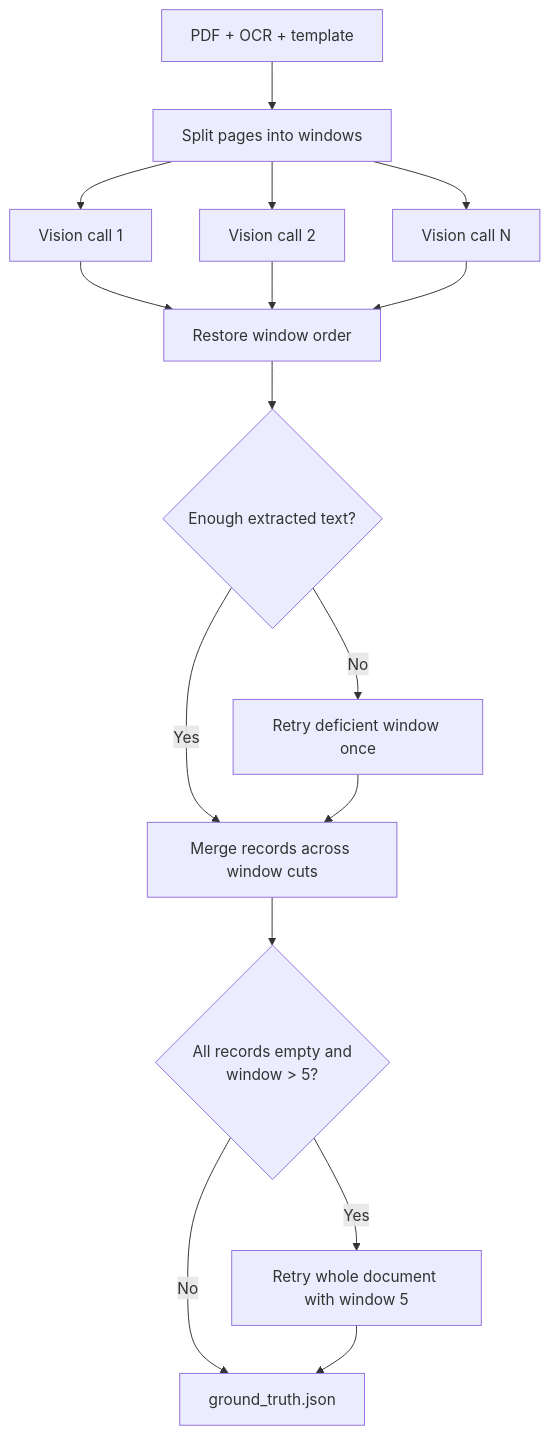
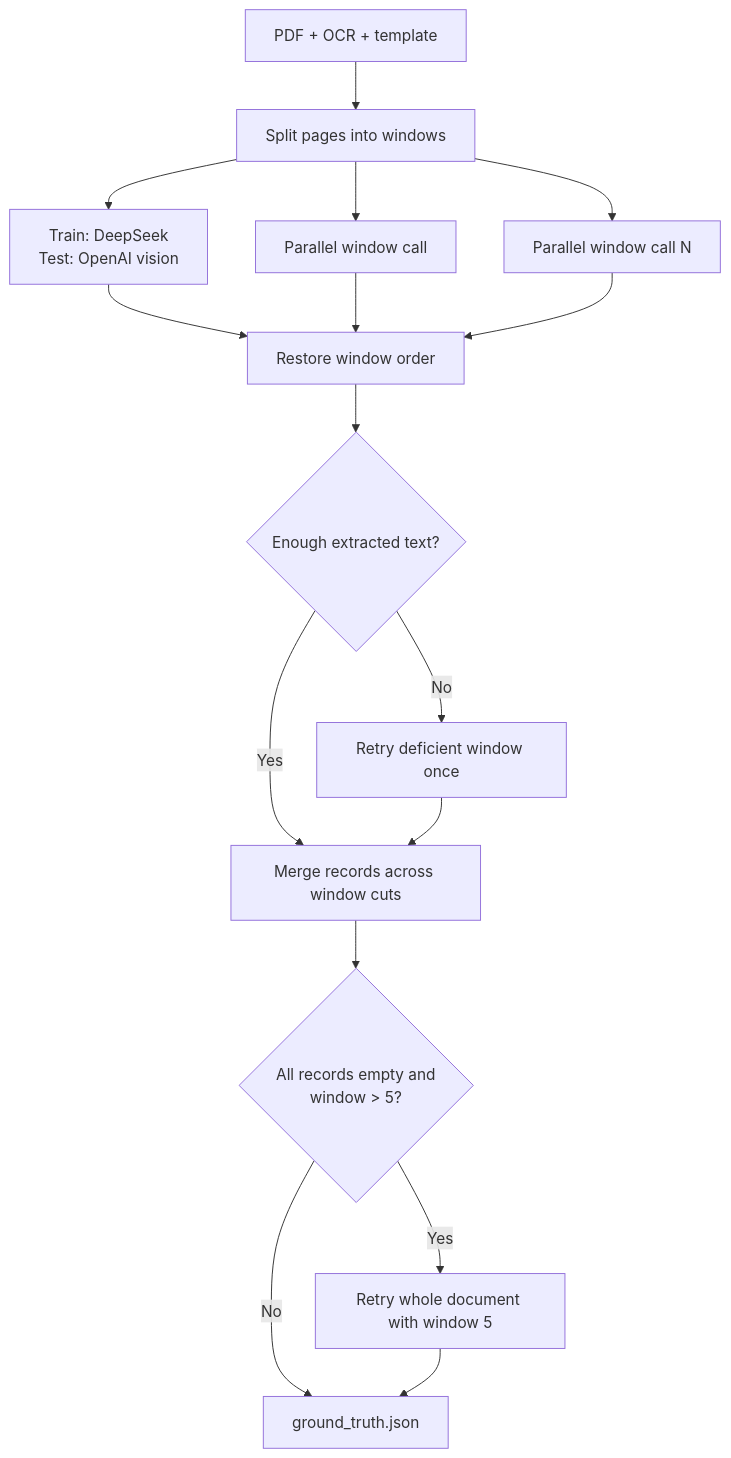
The fifth of 6 diagrams in README.md (riccardobollati/twix_2), drawn with Mermaid before and after one commit. The commit also changed other lines of this file and 43 other files, not shown here.

````diff
--- a/README.md
+++ b/README.md
@@ -418,18 +442,18 @@
 ```mermaid
 flowchart TD
     P["PDF + OCR + template"] --> W["Split pages into windows"]
-    W --> C1["Vision call 1"]
-    W --> C2["Vision call 2"]
-    W --> CN["Vision call N"]
+    W --> C1["Train: DeepSeek<br/>Test: OpenAI vision"]
+    W --> C2["Parallel window call"]
+    W --> CN["Parallel window call N"]
     C1 --> ORDER["Restore window order"]
     C2 --> ORDER
     CN --> ORDER
     ORDER --> COVER{"Enough extracted text?"}
     COVER -- No --> RETRY["Retry deficient window once"]
     COVER -- Yes --> BOUND["Merge records across window cuts"]
     RETRY --> BOUND
     BOUND --> EMPTY{"All records empty and<br/>window > 5?"}
     EMPTY -- Yes --> SMALL["Retry whole document with window 5"]
     EMPTY -- No --> GT["ground_truth.json"]
     SMALL --> GT
 ```
````
